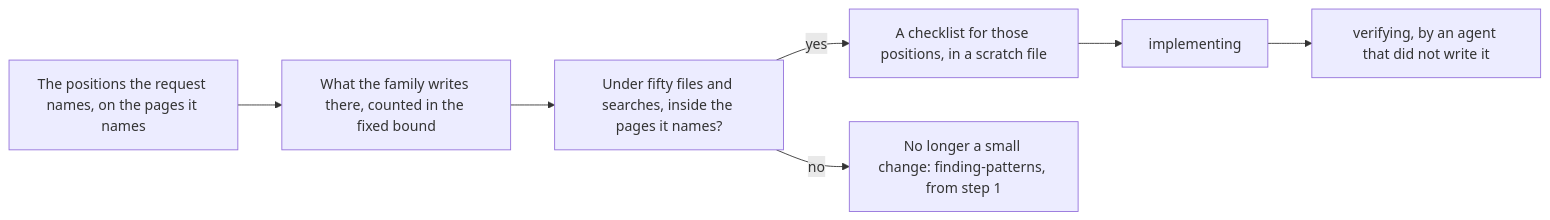
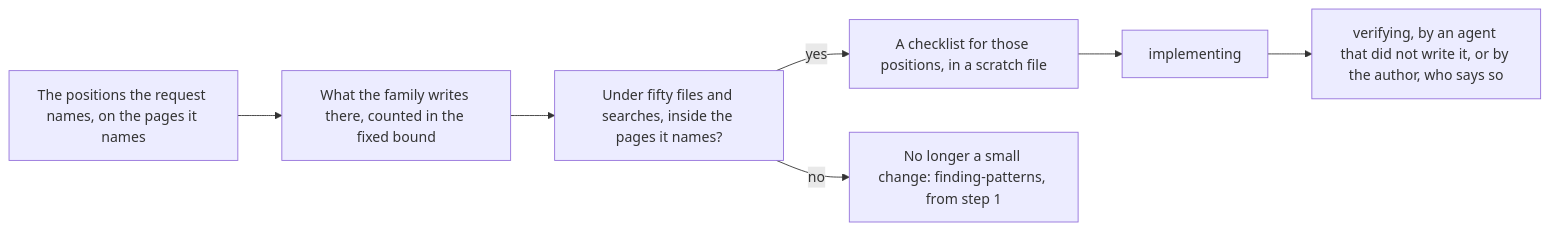
The seventh of 7 diagrams in docs/how-it-works.md (kamenkurtev/ui-consistency), drawn with Mermaid before and after one commit. The commit also changed other lines of this file and 10 other files, not shown here.

First line of the commit message:
The plan's yes asks for the agents, and without it the author runs verifying (#477)

````diff
--- a/docs/how-it-works.md
+++ b/docs/how-it-works.md
@@ -182,10 +187,10 @@
 ```mermaid
 flowchart LR
   A1["The positions the request names, on the pages it names"]
   A1 --> A2["What the family writes there, counted in the fixed bound"]
   A2 --> B["Under fifty files and searches, inside the pages it names?"]
   B -->|"yes"| A7["A checklist for those positions, in a scratch file"]
   B -->|"no"| FP["No longer a small change: finding-patterns, from step 1"]
   A7 --> IM["implementing"]
-  IM --> VE["verifying, by an agent that did not write it"]
+  IM --> VE["verifying, by an agent that did not write it, or by the author, who says so"]
 ```
````
